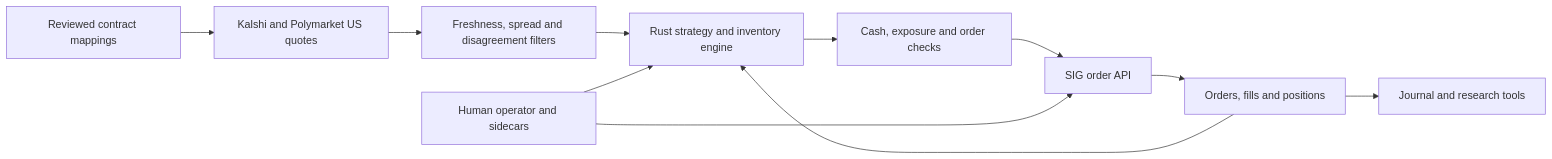
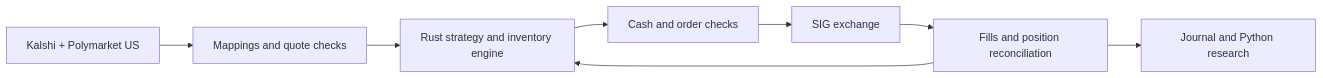
Before and after one commit to tristandarnell/Susquehanna-Predictions-Cup-Writeup: the diagram in docs/technical-retrospective.md, drawn with Mermaid. The commit also changed other lines of this file and 4 other files, not shown here.

````diff
--- a/docs/technical-retrospective.md
+++ b/docs/technical-retrospective.md
@@ -68,13 +28,10 @@
 ```mermaid
 flowchart LR
-    R[Reviewed contract mappings] --> F[Kalshi and Polymarket US quotes]
-    F --> Q[Freshness, spread and disagreement filters]
-    Q --> S[Rust strategy and inventory engine]
-    S --> O[Cash, exposure and order checks]
-    O --> X[SIG order API]
-    X --> A[Orders, fills and positions]
-    A --> S
-    A --> J[Journal and research tools]
-    H[Human operator and sidecars] --> S
-    H --> X
+    F[Kalshi + Polymarket US] --> V[Mappings and quote checks]
+    V --> E[Rust strategy and inventory engine]
+    E --> O[Cash and order checks]
+    O --> X[SIG exchange]
+    X --> R[Fills and position reconciliation]
+    R --> E
+    R --> J[Journal and Python research]
 ```
````
